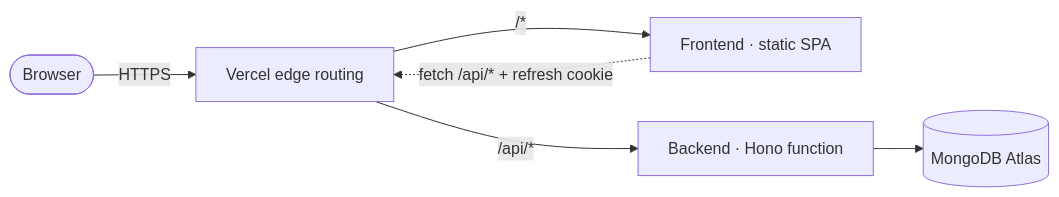
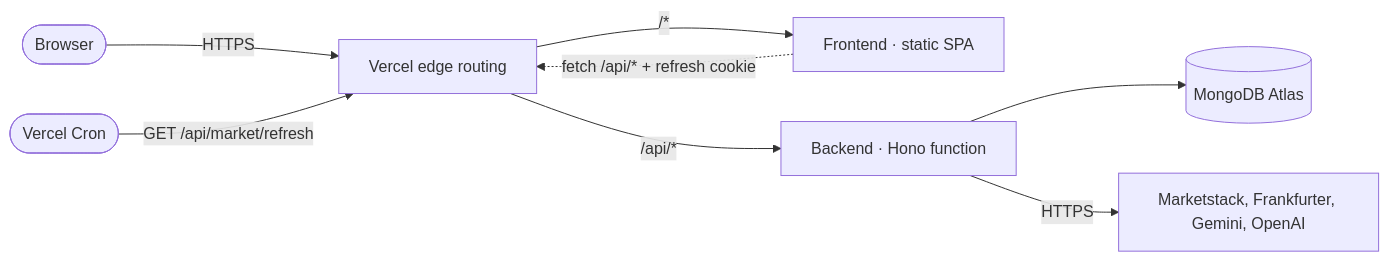
One commit to Nikhil-Mundhra/Wealth-Advisor changed the first of 2 diagrams in docs/architecture/c2-containers.md. Above: the diagram before and after it, drawn with Mermaid. The commit also changed other lines of this file and 22 other files, not shown here.

First line of the commit message:
docs: sync collections, errors, API routes and architecture with the code

````diff
--- a/docs/architecture/c2-containers.md
+++ b/docs/architecture/c2-containers.md
@@ -4,8 +4,10 @@
 ```mermaid
 flowchart LR
   user([Browser]) -->|HTTPS| edge[Vercel edge routing]
   edge -->|"/*"| spa[Frontend · static SPA]
   edge -->|"/api/*"| api[Backend · Hono function]
   api --> db[(MongoDB Atlas)]
   spa -. "fetch /api/* + refresh cookie" .-> edge
+  cron([Vercel Cron]) -->|"GET /api/market/refresh"| edge
+  api -->|HTTPS| ext[Marketstack, Frankfurter, Gemini, OpenAI]
 ```
````
